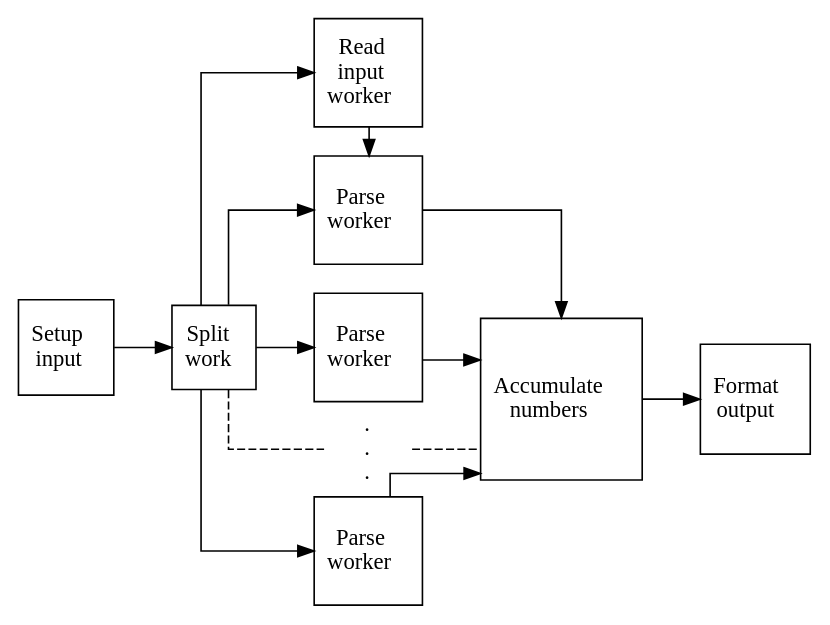
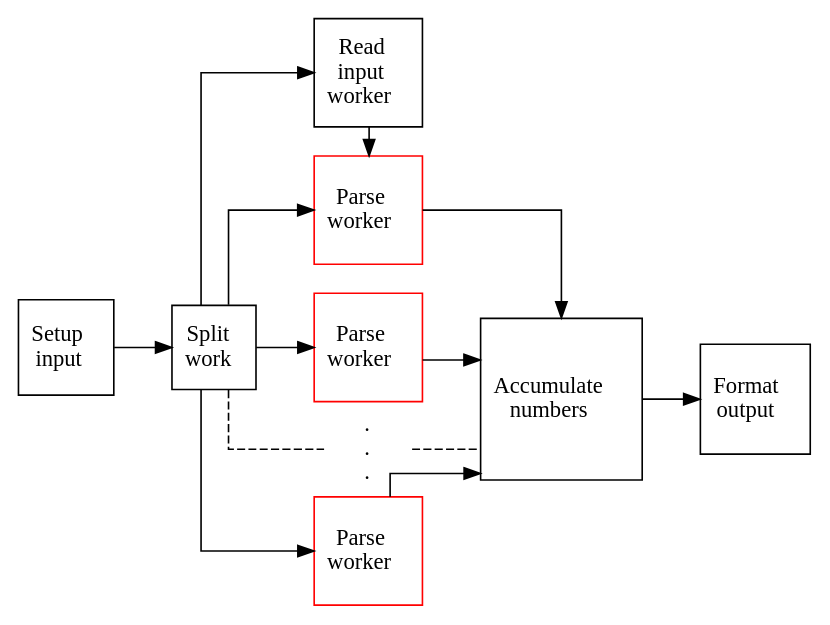
The diagram in report/figs/pet-pipeline.gv (terjr/thesis), drawn with Graphviz before and after one commit.

Commit message:
added dotfiles-finder in makefile

```diff
--- a/report/figs/pet-pipeline.gv
+++ b/report/figs/pet-pipeline.gv
@@ -1,32 +1,32 @@
 digraph PET {
     rankdir = LR;
     size="8,5"
     splines=ortho;
     node [shape = square];
 
     subgraph {
         rankdir = TB;
         rank="same";
         read
         parse3 [shape="none",label=<.<br/>.<br/>.>,height="0.3",margin="0",fixedsize="true"]
         read->parse1
         parse1->parse2,parse2->parse3,parse3->parse4 [style="invis"]
     }
 
     read [label=<Read<br/>input<br/>worker>]
 
     setup [label=<Setup<br/>input>]
     setup -> split
     split [label=<Split<br/>work>];
     split -> read;
     split -> parse1,parse2,parse4 -> merge;
     split -> parse3->merge [style="dashed",arrowhead="none"]
 
 
-    parse1, parse2, parse4 [label=<Parse<br/>worker>];
+    parse1, parse2, parse4 [label=<Parse<br/>worker>,color=red];
 
     merge [label=<Accumulate<br/>numbers>]
     output [label=<Format<br/>output>]
 
     merge->output
 }
```
